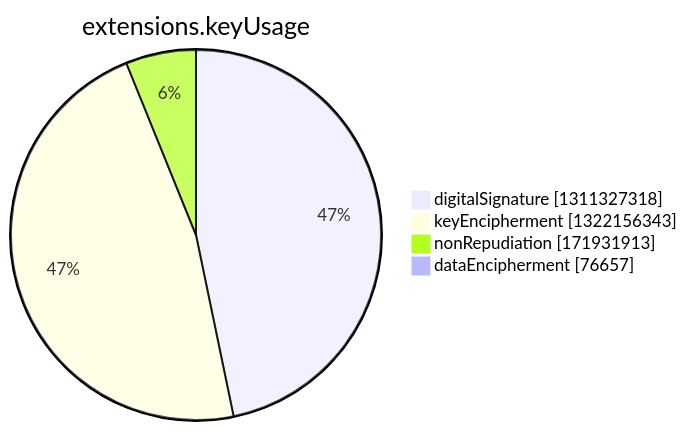
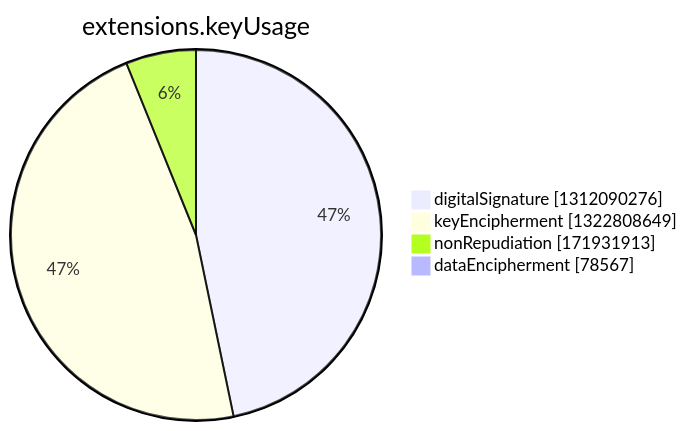
Before and after one commit to christiankrug/ctmonitor_visualization: the seventh of 15 diagrams in argon2022/README.md, drawn with Mermaid. The commit also changed other lines of this file, not shown here.

````diff
--- a/argon2022/README.md
+++ b/argon2022/README.md
@@ -2750,8 +2750,8 @@
 ```mermaid
 pie showData
 title extensions.keyUsage
-"digitalSignature" :1311327318
-"keyEncipherment" :1322156343
+"digitalSignature" :1312090276
+"keyEncipherment" :1322808649
 "nonRepudiation" :171931913
-"dataEncipherment" :76657
+"dataEncipherment" :78567
 ```
````
